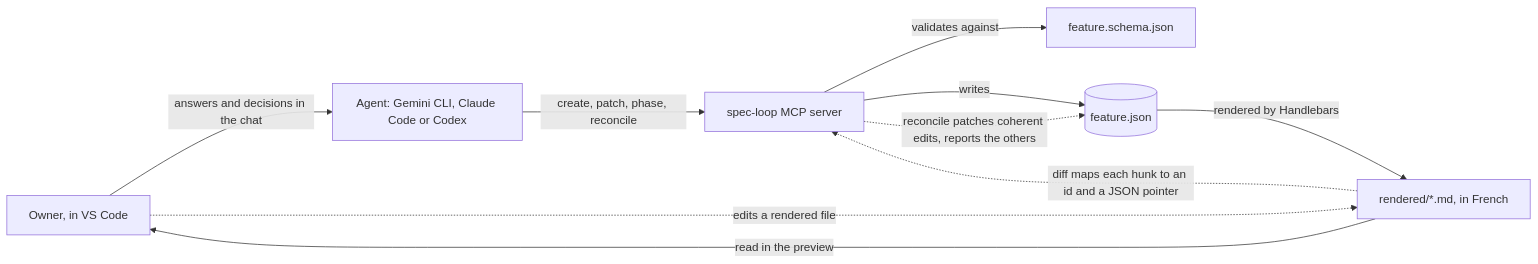
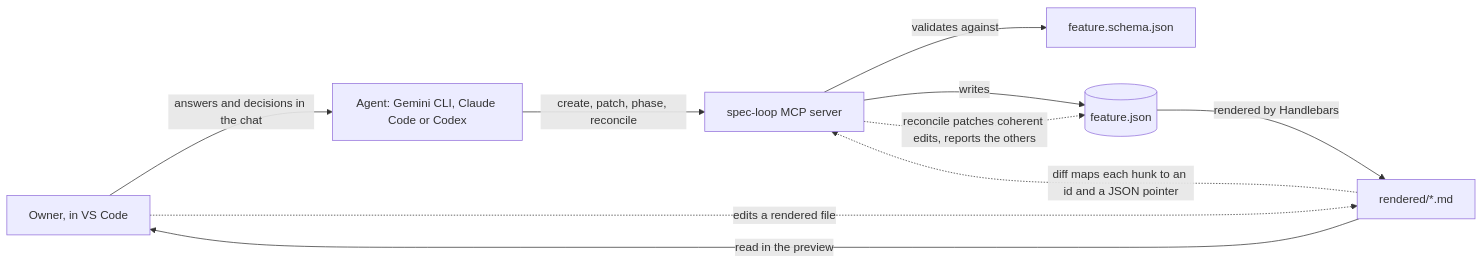
Before and after one commit to ng-galien/spec-loop: the first of 2 diagrams in README.md, drawn with Mermaid. The commit also changed other lines of this file and 54 other files, not shown here.

First line of the commit message:
Everything in English: templates, labels, file names, schema, method, FEAT-001

````diff
--- a/README.md
+++ b/README.md
@@ -7,18 +7,18 @@
 ```mermaid
 flowchart LR
   owner["Owner, in VS Code"]
   agent["Agent: Gemini CLI, Claude Code or Codex"]
   mcp["spec-loop MCP server"]
   schema["feature.schema.json"]
   json[("feature.json")]
-  md["rendered/*.md, in French"]
+  md["rendered/*.md"]
   owner -- "answers and decisions in the chat" --> agent
   agent -- "create, patch, phase, reconcile" --> mcp
   mcp -- "validates against" --> schema
   mcp -- "writes" --> json
   json -- "rendered by Handlebars" --> md
   md -- "read in the preview" --> owner
   owner -. "edits a rendered file" .-> md
   md -. "diff maps each hunk to an id and a JSON pointer" .-> mcp
   mcp -. "reconcile patches coherent edits, reports the others" .-> json
 ```
````
